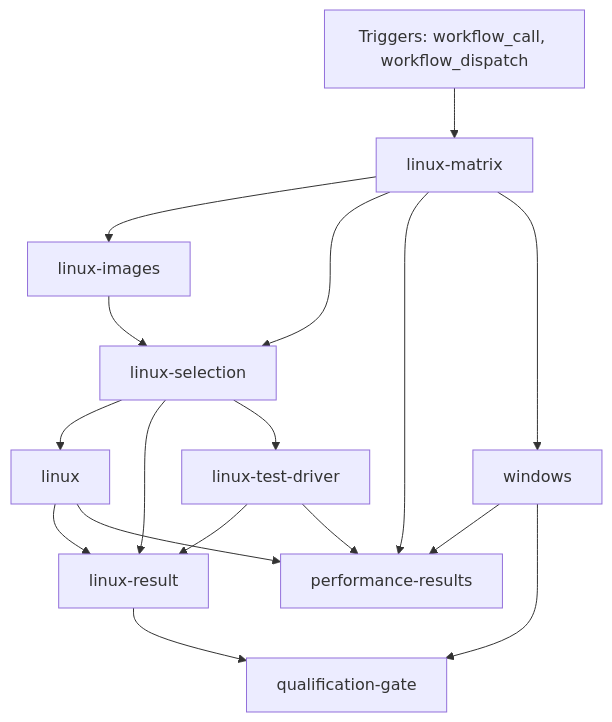
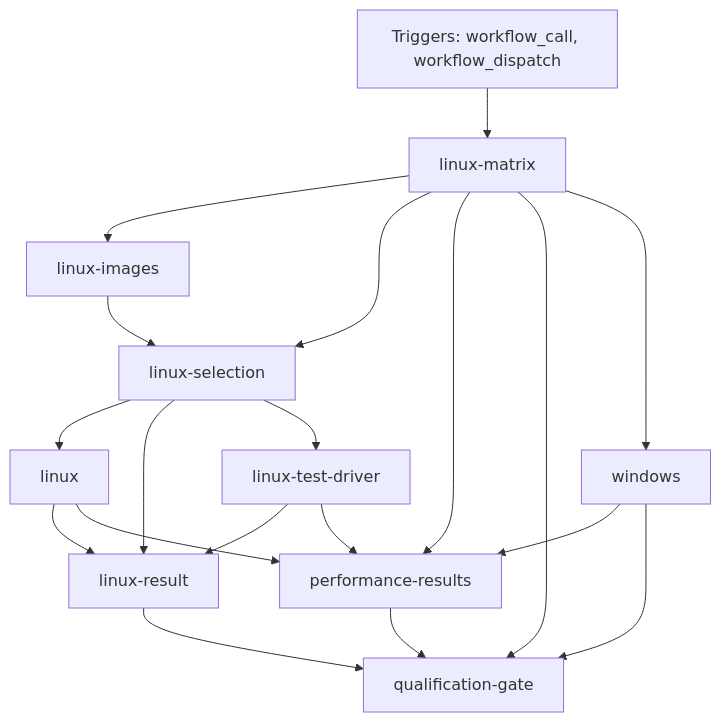
One commit to FrenchExDev2/QuietCli.PoSh changed the diagram in docs/ci/github/script-ci.md. Above: the diagram before and after it, drawn with Mermaid. The commit also changed other lines of this file and 47 other files, not shown here.

```diff
--- a/docs/ci/github/script-ci.md
+++ b/docs/ci/github/script-ci.md
@@ -26,29 +26,31 @@
 ~~~mermaid
 flowchart TD
     event["Triggers: workflow_call, workflow_dispatch"]
     job_linux["linux"]
     job_linux_images["linux-images"]
     job_linux_matrix["linux-matrix"]
     job_linux_result["linux-result"]
     job_linux_selection["linux-selection"]
     job_linux_test_driver["linux-test-driver"]
     job_performance_results["performance-results"]
     job_qualification_gate["qualification-gate"]
     job_windows["windows"]
     job_linux_selection --> job_linux
     job_linux_matrix --> job_linux_images
     event --> job_linux_matrix
     job_linux_selection --> job_linux_result
     job_linux --> job_linux_result
     job_linux_test_driver --> job_linux_result
     job_linux_matrix --> job_linux_selection
     job_linux_images --> job_linux_selection
     job_linux_selection --> job_linux_test_driver
     job_linux_matrix --> job_performance_results
     job_windows --> job_performance_results
     job_linux --> job_performance_results
     job_linux_test_driver --> job_performance_results
+    job_linux_matrix --> job_qualification_gate
     job_windows --> job_qualification_gate
     job_linux_result --> job_qualification_gate
+    job_performance_results --> job_qualification_gate
     job_linux_matrix --> job_windows
 ~~~
```
